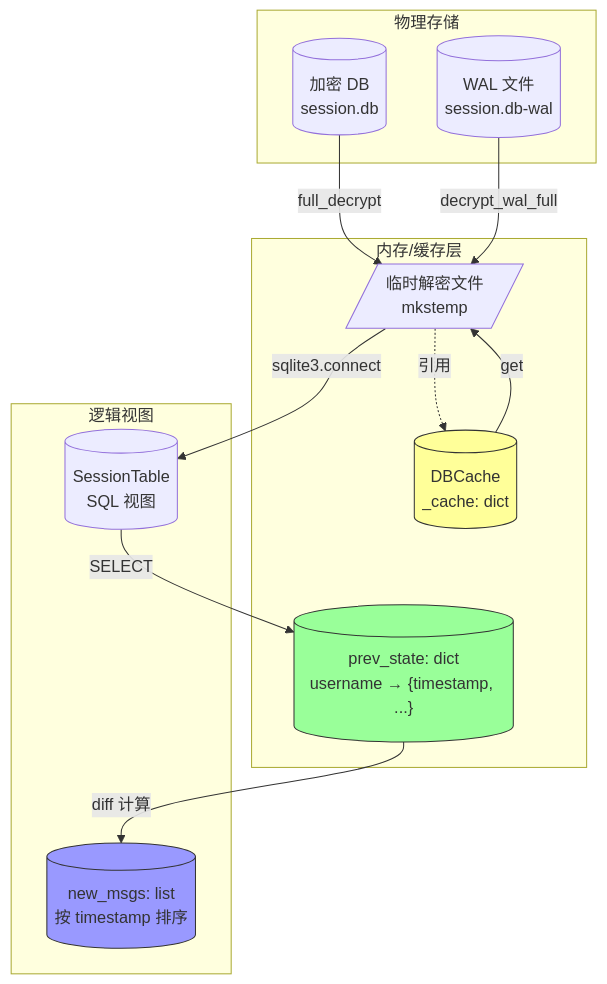
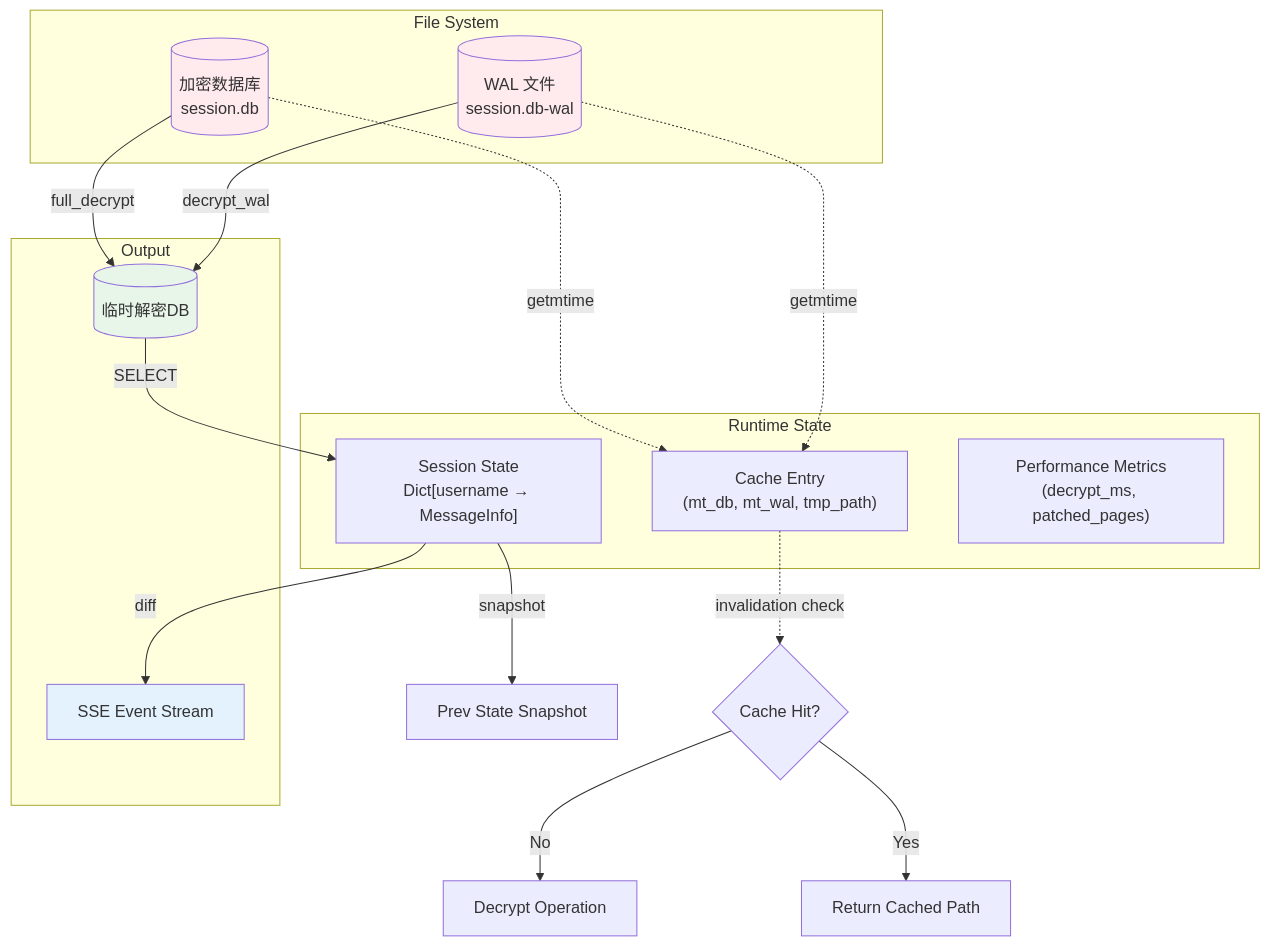
One commit to nerdneilsfield/code-wiki-pages changed the third of 3 diagrams in public/wechat-decrypt/guide-core-algorithms-incremental-db-monitoring.md. Above: the diagram before and after it, drawn with Mermaid. The commit also changed other lines of this file and 33 other files, not shown here.

````diff
--- a/public/wechat-decrypt/guide-core-algorithms-incremental-db-monitoring.md
+++ b/public/wechat-decrypt/guide-core-algorithms-incremental-db-monitoring.md
@@ -300,30 +329,35 @@
 ```mermaid
 graph TB
-    subgraph "物理存储"
-        PDB[(加密 DB<br/>session.db)]
-        PWAL[(WAL 文件<br/>session.db-wal)]
+    subgraph "File System"
+        EncDB[(加密数据库<br/>session.db)]
+        WAL[(WAL 文件<br/>session.db-wal)]
     end
     
-    subgraph "内存/缓存层"
-        CACHE[(DBCache<br/>_cache: dict)]
-        TMP[/临时解密文件<br/>mkstemp/]
-        STATE[("prev_state: dict<br/>username → {timestamp, ...}")]
+    subgraph "Runtime State"
+        CacheEntry["Cache Entry<br/>(mt_db, mt_wal, tmp_path)"]
+        SessionState["Session State<br/>Dict[username → MessageInfo]"]
+        Metrics["Performance Metrics<br/>(decrypt_ms, patched_pages)"]
     end
     
-    subgraph "逻辑视图"
-        SESSION[(SessionTable<br/>SQL 视图)]
-        MESSAGES[("new_msgs: list<br/>按 timestamp 排序")]
+    subgraph "Output"
+        TempDB[(临时解密DB)]
+        SSEStream[SSE Event Stream]
     end
     
-    PDB -->|full_decrypt| TMP
-    PWAL -->|decrypt_wal_full| TMP
-    TMP -.->|引用| CACHE
-    CACHE -->|get| TMP
-    TMP -->|sqlite3.connect| SESSION
-    SESSION -->|SELECT| STATE
-    STATE -->|diff 计算| MESSAGES
+    EncDB -->|full_decrypt| TempDB
+    WAL -->|decrypt_wal| TempDB
+    EncDB -.->|getmtime| CacheEntry
+    WAL -.->|getmtime| CacheEntry
+    TempDB -->|SELECT| SessionState
+    SessionState -->|diff| SSEStream
+    SessionState -->|snapshot| PrevState[Prev State Snapshot]
     
-    style CACHE fill:#ff9,stroke:#333
-    style STATE fill:#9f9,stroke:#333
-    style MESSAGES fill:#99f,stroke:#333
+    CacheEntry -.->|invalidation check| Decision{Cache Hit?}
+    Decision -->|No| DecryptOp[Decrypt Operation]
+    Decision -->|Yes| ReturnPath[Return Cached Path]
+    
+    style EncDB fill:#ffebee
+    style WAL fill:#ffebee
+    style TempDB fill:#e8f5e9
+    style SSEStream fill:#e3f2fd
 ```
````
